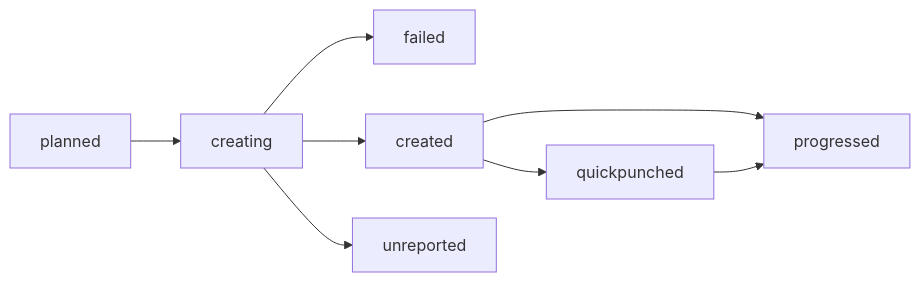
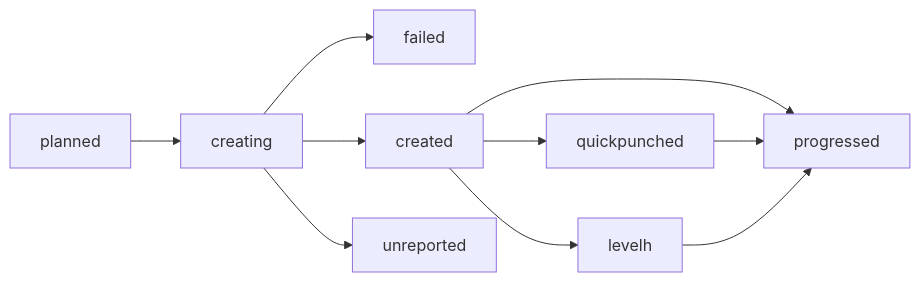
One commit to punch-mission/punchpipe changed the first of 2 diagrams in docs/source/control/states.rst. Above: the diagram before and after it, drawn with Mermaid. The commit also changed other lines of this file and 3 other files, not shown here.

```diff
--- a/docs/source/control/states.rst
+++ b/docs/source/control/states.rst
@@ -9,10 +9,12 @@
 .. mermaid::
 
     graph LR;
     planned --> creating;
     creating --> failed;
     creating --> created;
     creating --> unreported;
     created --> progressed;
     created --> quickpunched;
     quickpunched --> progressed;
+    created --> levelh;
+    levelh --> progressed;
```
